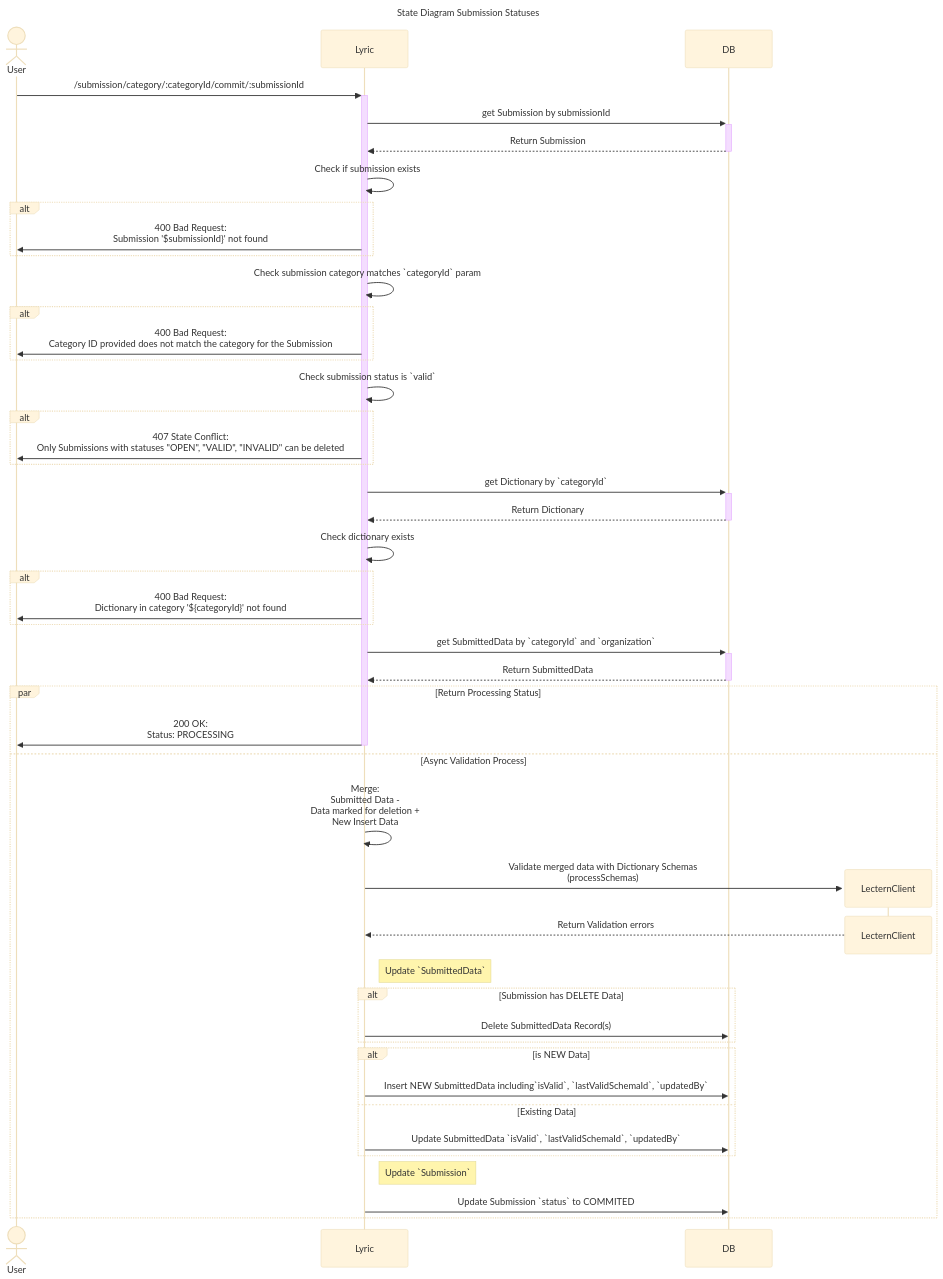
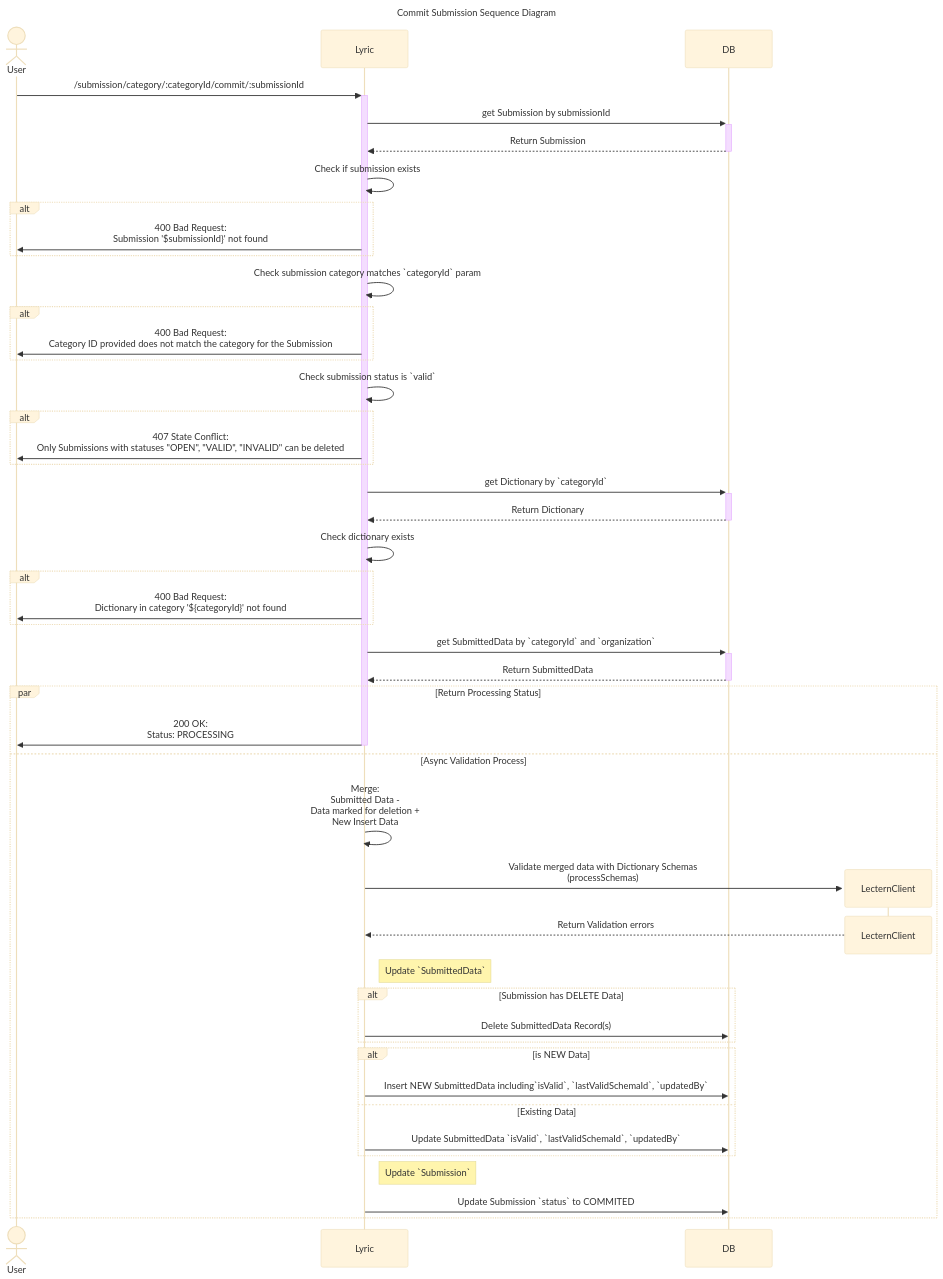
Before and after one commit to overture-stack/lyric: the diagram in packages/data-model/docs/submissionCommit.md, drawn with Mermaid (base theme).

Commit message:
rename sequence diagram title

````diff
--- a/packages/data-model/docs/submissionCommit.md
+++ b/packages/data-model/docs/submissionCommit.md
@@ -1,70 +1,70 @@
 ```mermaid
 ---
-title: State Diagram Submission Statuses
+title: Commit Submission Sequence Diagram
 ---
 sequenceDiagram
     actor User
 
     User->>+Lyric: /submission/category/:categoryId/commit/:submissionId
     Lyric->>+DB: get Submission by submissionId
     DB-->>-Lyric: Return Submission
 
     Lyric->>Lyric: Check if submission exists
     alt
     
         Lyric->>User: 400 Bad Request:<br />Submission '$submissionId}' not found
     end
 
     Lyric->>Lyric: Check submission category matches `categoryId` param
     alt
         Lyric->>User: 400 Bad Request:<br />Category ID provided does not match the category for the Submission
     end
 
     Lyric->>Lyric: Check submission status is `valid`
     alt
         Lyric->>User: 407 State Conflict:<br />Only Submissions with statuses "OPEN", "VALID", "INVALID" can be deleted
     end
 
     Lyric->>+DB: get Dictionary by `categoryId`
     DB-->>-Lyric: Return Dictionary
 
     Lyric->>Lyric: Check dictionary exists
     alt
         Lyric->>User: 400 Bad Request:<br />Dictionary in category '${categoryId}' not found
     end
 
     Lyric->>+DB: get SubmittedData by `categoryId` and `organization`
     DB-->>-Lyric: Return SubmittedData
 
     par Return Processing Status
 
         Lyric->>-User: 200 OK:<br />Status: PROCESSING
 
     and Async Validation Process
         
         Lyric->>Lyric: Merge:<br />Submitted Data -<br />Data marked for deletion +<br />New Insert Data
 
         create participant LecternClient
 
         Lyric->>LecternClient: Validate merged data with Dictionary Schemas <br />(processSchemas)
         destroy LecternClient
         LecternClient-->>Lyric: Return Validation errors
 
         note right of Lyric: Update `SubmittedData`
 
         alt Submission has DELETE Data
             Lyric->>DB: Delete SubmittedData Record(s)
         end
 
         alt is NEW Data
             Lyric->>DB: Insert NEW SubmittedData including`isValid`, `lastValidSchemaId`, `updatedBy`
         else Existing Data
             Lyric->>DB: Update SubmittedData `isValid`, `lastValidSchemaId`, `updatedBy`
         end
 
         note right of Lyric: Update `Submission`
 
          Lyric->>DB: Update Submission `status` to COMMITED
     end
 
 ```
````
